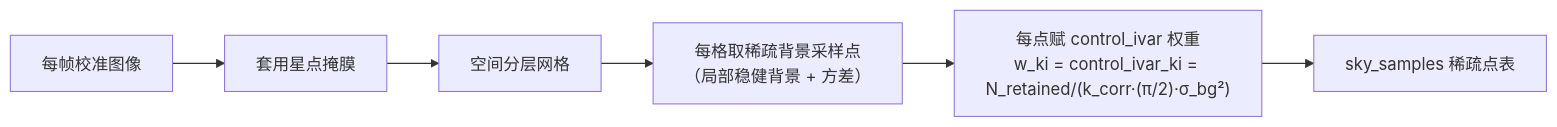
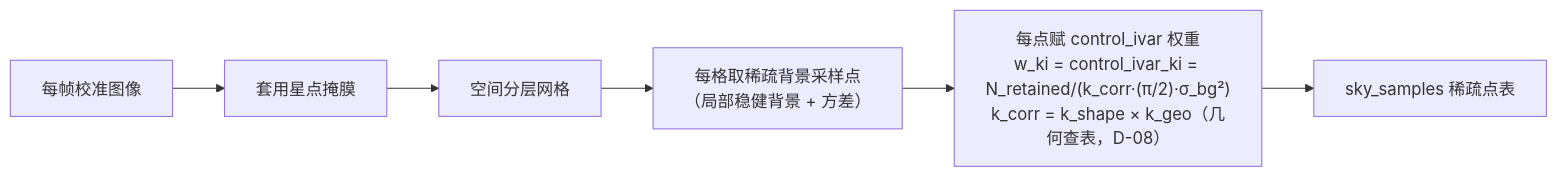
The diagram in docs/plugins/algorithms_phase2/10_sampling.md (fujiaze/Astro-CS-Database), drawn with Mermaid before and after one commit. The commit also changed other lines of this file and 19 other files, not shown here.

````diff
--- a/docs/plugins/algorithms_phase2/10_sampling.md
+++ b/docs/plugins/algorithms_phase2/10_sampling.md
@@ -35,8 +35,8 @@
 ```mermaid
 flowchart LR
     F["每帧校准图像"] --> M["套用星点掩膜"]
     M --> GRID["空间分层网格"]
     GRID --> P["每格取稀疏背景采样点<br/>（局部稳健背景 + 方差）"]
-    P --> W["每点赋 control_ivar 权重<br/>w_ki = control_ivar_ki = N_retained/(k_corr·(π/2)·σ_bg²)"]
+    P --> W["每点赋 control_ivar 权重<br/>w_ki = control_ivar_ki = N_retained/(k_corr·(π/2)·σ_bg²)<br/>k_corr = k_shape × k_geo（几何查表，D-08）"]
     W --> OUT["sky_samples 稀疏点表"]
 ```
````
